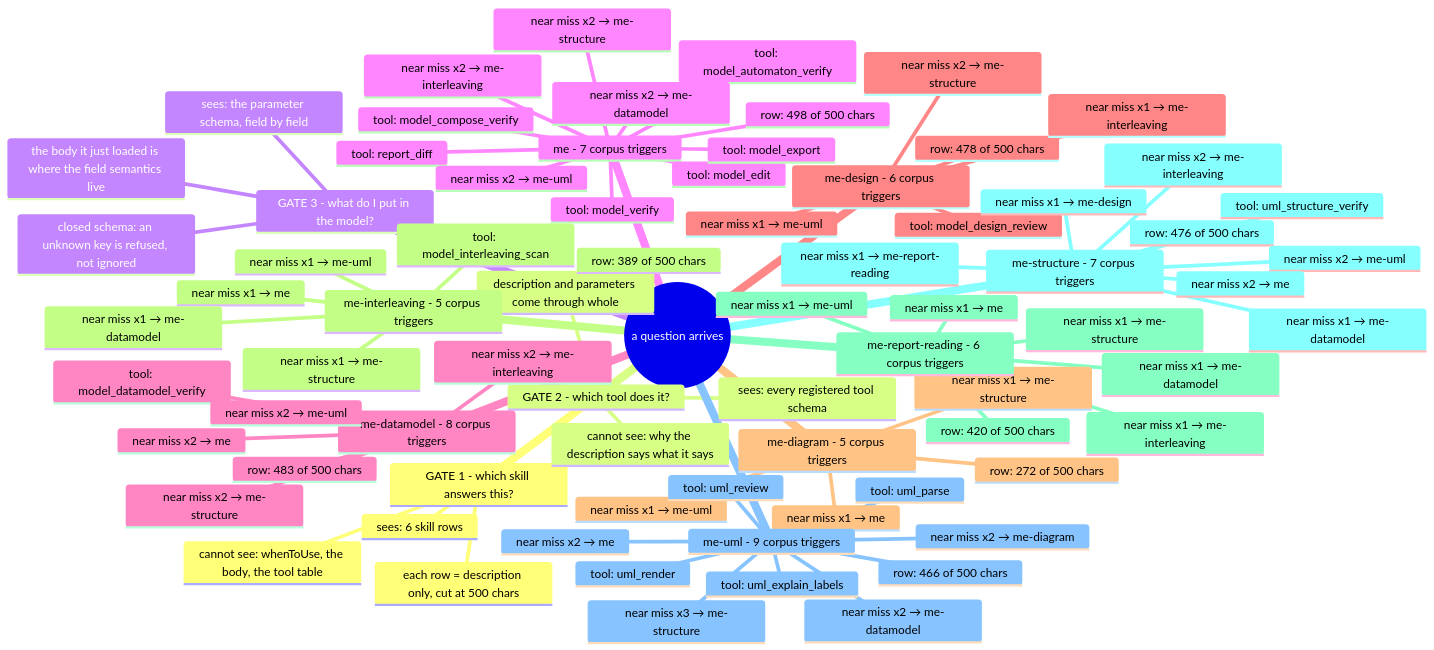
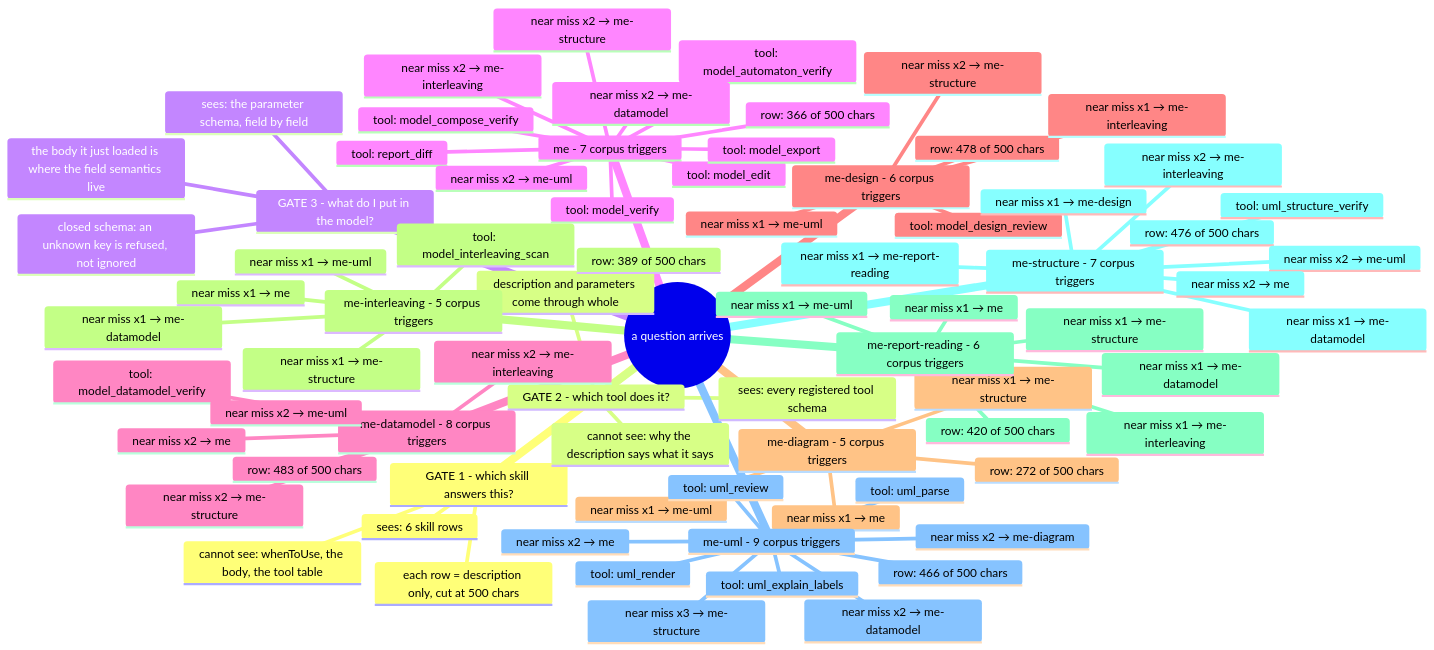
The diagram in docs/routing-map.md (AmethystLuna/dsh-model-everything), drawn with Mermaid before and after one commit. The commit also changed other lines of this file and 10 other files, not shown here.

First line of the commit message:
docs: put architecture visualisation in the headline, the intro and the store copy

````diff
--- a/docs/routing-map.md
+++ b/docs/routing-map.md
@@ -9,79 +9,79 @@
 ```mermaid
 mindmap
   root((a question arrives))
     GATE 1 - which skill answers this?
       sees: 6 skill rows
       each row = description only, cut at 500 chars
       cannot see: whenToUse, the body, the tool table
     GATE 2 - which tool does it?
       sees: every registered tool schema
       description and parameters come through whole
       cannot see: why the description says what it says
     GATE 3 - what do I put in the model?
       sees: the parameter schema, field by field
       closed schema: an unknown key is refused, not ignored
       the body it just loaded is where the field semantics live
     me - 7 corpus triggers
-      row: 498 of 500 chars
+      row: 366 of 500 chars
       tool: model_verify
       tool: model_edit
       tool: model_automaton_verify
       tool: model_compose_verify
       tool: model_export
       tool: report_diff
       near miss x2 → me-interleaving
       near miss x2 → me-datamodel
       near miss x2 → me-structure
       near miss x2 → me-uml
     me-datamodel - 8 corpus triggers
       row: 483 of 500 chars
       tool: model_datamodel_verify
       near miss x2 → me-uml
       near miss x2 → me-interleaving
       near miss x2 → me
       near miss x2 → me-structure
     me-design - 6 corpus triggers
       row: 478 of 500 chars
       tool: model_design_review
       near miss x2 → me-structure
       near miss x1 → me-uml
       near miss x1 → me-interleaving
     me-diagram - 5 corpus triggers
       row: 272 of 500 chars
       near miss x1 → me-structure
       near miss x1 → me-uml
       near miss x1 → me
     me-interleaving - 5 corpus triggers
       row: 389 of 500 chars
       tool: model_interleaving_scan
       near miss x1 → me
       near miss x1 → me-datamodel
       near miss x1 → me-uml
       near miss x1 → me-structure
     me-report-reading - 6 corpus triggers
       row: 420 of 500 chars
       near miss x1 → me
       near miss x1 → me-interleaving
       near miss x1 → me-datamodel
       near miss x1 → me-structure
       near miss x1 → me-uml
     me-structure - 7 corpus triggers
       row: 476 of 500 chars
       tool: uml_structure_verify
       near miss x2 → me-uml
       near miss x2 → me-interleaving
       near miss x2 → me
       near miss x1 → me-datamodel
       near miss x1 → me-design
       near miss x1 → me-report-reading
     me-uml - 9 corpus triggers
       row: 466 of 500 chars
       tool: uml_render
       tool: uml_parse
       tool: uml_review
       tool: uml_explain_labels
       near miss x3 → me-structure
       near miss x2 → me
       near miss x2 → me-datamodel
       near miss x2 → me-diagram
 ```
````
